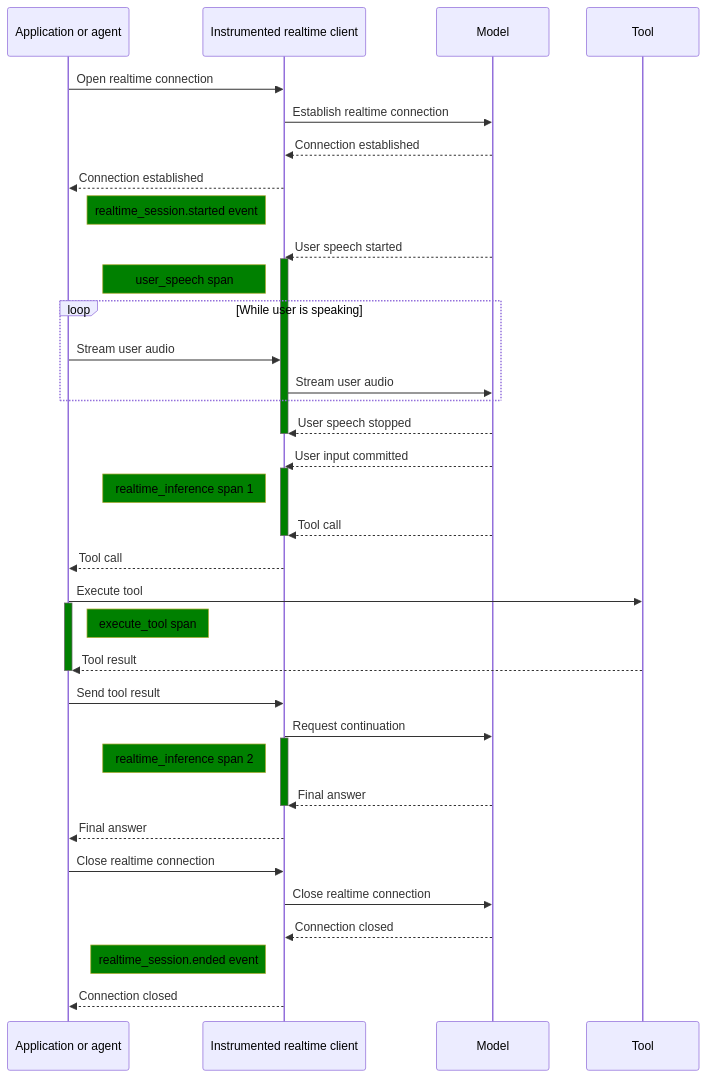
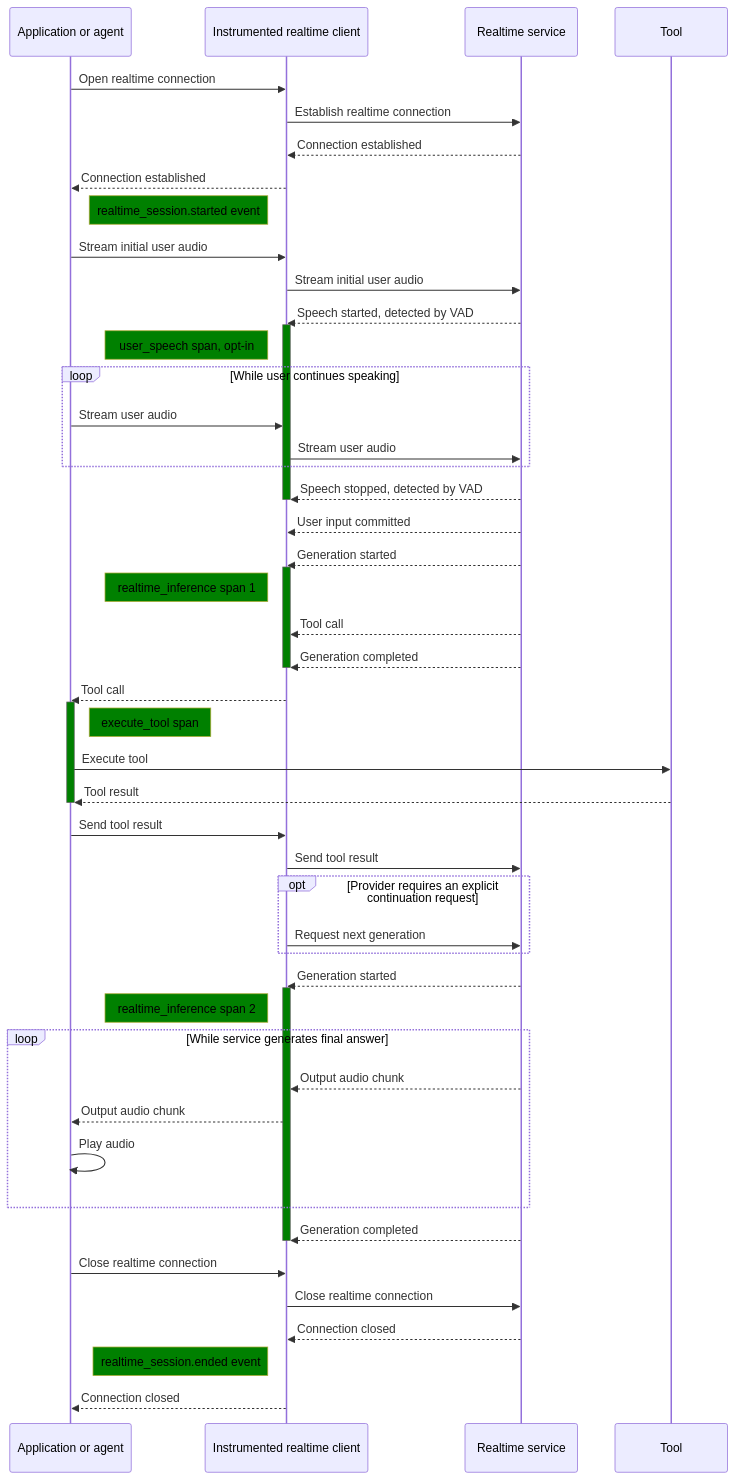
One commit to open-telemetry/semantic-conventions-genai changed the sixth of 6 diagrams in docs/gen-ai/non-normative/examples-llm-calls.md. Above: the diagram before and after it, drawn with Mermaid. The commit also changed other lines of this file, not shown here.

Commit message:
Clarify realtime tool generation flow

````diff
--- a/docs/gen-ai/non-normative/examples-llm-calls.md
+++ b/docs/gen-ai/non-normative/examples-llm-calls.md
@@ -1109,50 +1109,62 @@
 ```mermaid
 %%{init:
 {
   "sequence": { "messageAlign": "left", "htmlLabels":true },
   "themeVariables": { "noteBkgColor" : "green", "noteTextColor": "black", "activationBkgColor": "green", "htmlLabels":true }
 }
 }%%
 sequenceDiagram
     participant A as Application or agent
     participant I as Instrumented realtime client
-    participant M as Model
+    participant S as Realtime service
     participant T as Tool
     A->>I: Open realtime connection
-    I->>M: Establish realtime connection
-    M-->>I: Connection established
+    I->>S: Establish realtime connection
+    S-->>I: Connection established
     I-->>A: Connection established
     Note left of I: realtime_session.started event
-    M-->>I: User speech started
+    A->>I: Stream initial user audio
+    I->>S: Stream initial user audio
+    S-->>I: Speech started, detected by VAD
     activate I
-    Note left of I: user_speech span
-    loop While user is speaking
+    Note left of I: user_speech span, opt-in
+    loop While user continues speaking
         A->>I: Stream user audio
-        I->>M: Stream user audio
+        I->>S: Stream user audio
     end
-    M-->>I: User speech stopped
+    S-->>I: Speech stopped, detected by VAD
     deactivate I
-    M-->>I: User input committed
+    S-->>I: User input committed
+    S-->>I: Generation started
     activate I
     Note left of I: realtime_inference span 1
-    M-->>I: Tool call
+    S-->>I: Tool call
+    S-->>I: Generation completed
     deactivate I
     I-->>A: Tool call
-    A->>T: Execute tool
     activate A
     Note right of A: execute_tool span
+    A->>T: Execute tool
     T-->>A: Tool result
     deactivate A
     A->>I: Send tool result
-    I->>M: Request continuation
+    I->>S: Send tool result
+    opt Provider requires an explicit continuation request
+        I->>S: Request next generation
+    end
+    S-->>I: Generation started
     activate I
     Note left of I: realtime_inference span 2
-    M-->>I: Final answer
+    loop While service generates final answer
+        S-->>I: Output audio chunk
+        I-->>A: Output audio chunk
+        A->>A: Play audio
+    end
+    S-->>I: Generation completed
     deactivate I
-    I-->>A: Final answer
     A->>I: Close realtime connection
-    I->>M: Close realtime connection
-    M-->>I: Connection closed
+    I->>S: Close realtime connection
+    S-->>I: Connection closed
     Note left of I: realtime_session.ended event
     I-->>A: Connection closed
 ```
````
